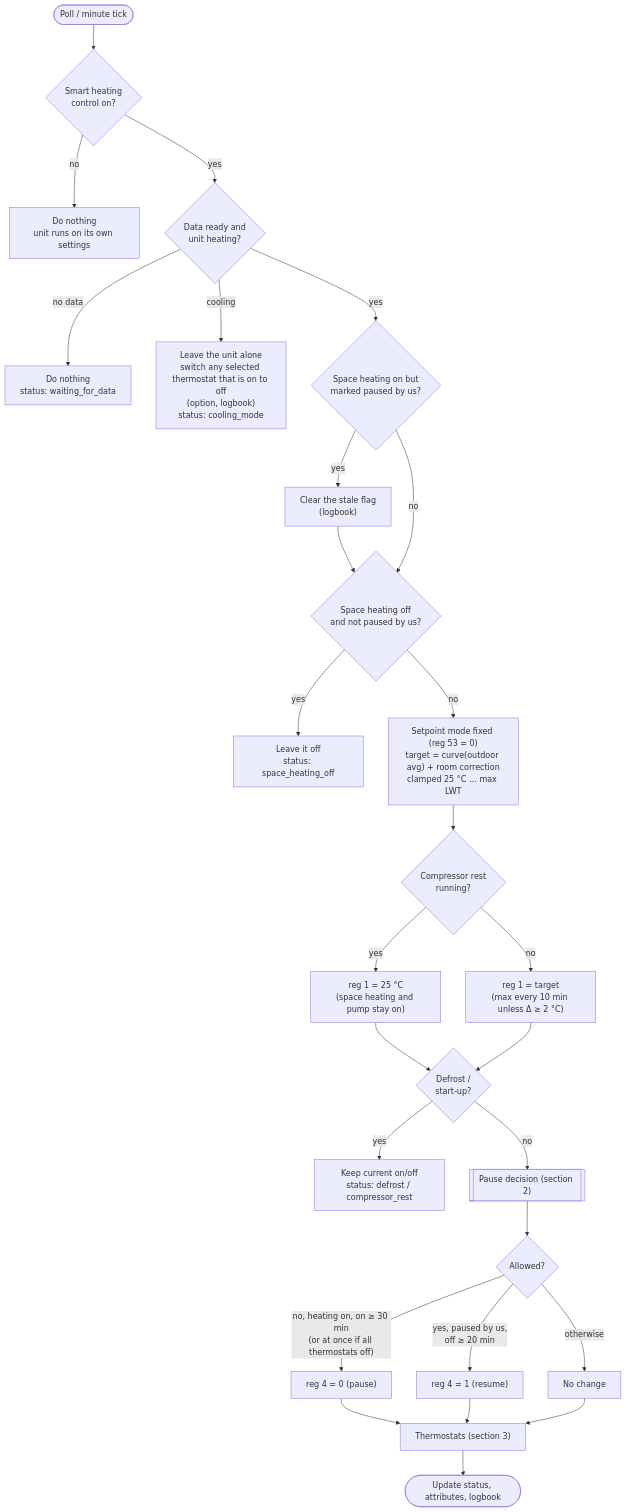
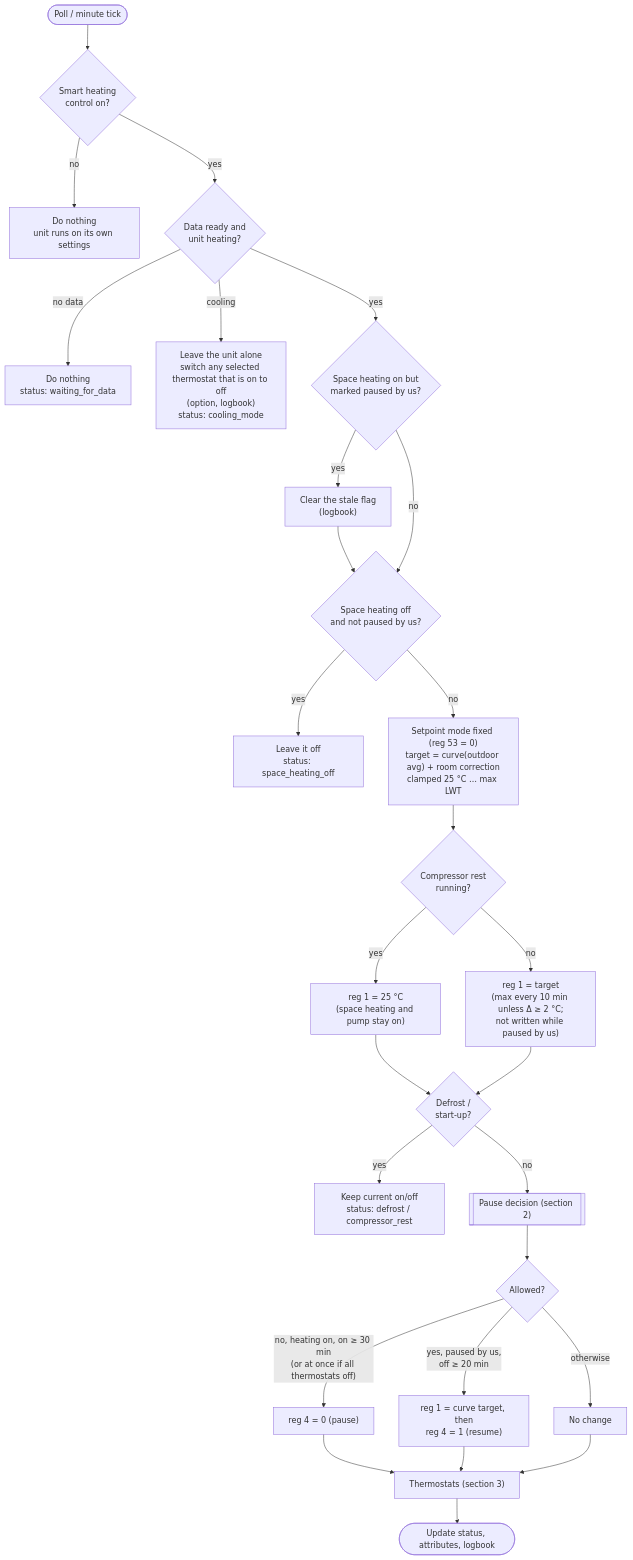
One commit to cocooma/daikin_dcom changed the first of 4 diagrams in docs/smart-heating-logic.md. Above: the diagram before and after it, drawn with Mermaid. The commit also changed other lines of this file and 3 other files, not shown here.

First line of the commit message:
No setpoint activity while smart heating has heating paused

````diff
--- a/docs/smart-heating-logic.md
+++ b/docs/smart-heating-logic.md
@@ -9,27 +9,27 @@
 ```mermaid
 flowchart TD
     start(["Poll / minute tick"]) --> en{"Smart heating<br/>control on?"}
     en -- no --> idle["Do nothing<br/>unit runs on its own settings"]
     en -- yes --> data{"Data ready and<br/>unit heating?"}
     data -- "no data" --> idle2["Do nothing<br/>status: waiting_for_data"]
     data -- cooling --> cool["Leave the unit alone<br/>switch any selected thermostat that is on to off<br/>(option, logbook)<br/>status: cooling_mode"]
     data -- yes --> stale{"Space heating on but<br/>marked paused by us?"}
     stale -- yes --> clear["Clear the stale flag<br/>(logbook)"] --> user
     stale -- no --> user{"Space heating off<br/>and not paused by us?"}
     user -- yes --> respect["Leave it off<br/>status: space_heating_off"]
     user -- no --> sp["Setpoint mode fixed (reg 53 = 0)<br/>target = curve(outdoor avg) + room correction<br/>clamped 25 °C … max LWT"]
     sp --> rest{"Compressor rest<br/>running?"}
     rest -- yes --> r25["reg 1 = 25 °C<br/>(space heating and pump stay on)"] --> dfr
-    rest -- no --> write["reg 1 = target<br/>(max every 10 min unless Δ ≥ 2 °C)"] --> dfr
+    rest -- no --> write["reg 1 = target<br/>(max every 10 min unless Δ ≥ 2 °C;<br/>not written while paused by us)"] --> dfr
     dfr{"Defrost /<br/>start-up?"}
     dfr -- yes --> hold["Keep current on/off<br/>status: defrost / compressor_rest"]
     dfr -- no --> decide[["Pause decision (section 2)"]]
     decide --> apply{"Allowed?"}
     apply -- "no, heating on, on ≥ 30 min<br/>(or at once if all thermostats off)" --> pause["reg 4 = 0 (pause)"]
-    apply -- "yes, paused by us,<br/>off ≥ 20 min" --> resume["reg 4 = 1 (resume)"]
+    apply -- "yes, paused by us,<br/>off ≥ 20 min" --> resume["reg 1 = curve target, then<br/>reg 4 = 1 (resume)"]
     apply -- "otherwise" --> keep["No change"]
     pause --> stats
     resume --> stats
     keep --> stats
     stats["Thermostats (section 3)"] --> status(["Update status, attributes, logbook"])
 ```
````
